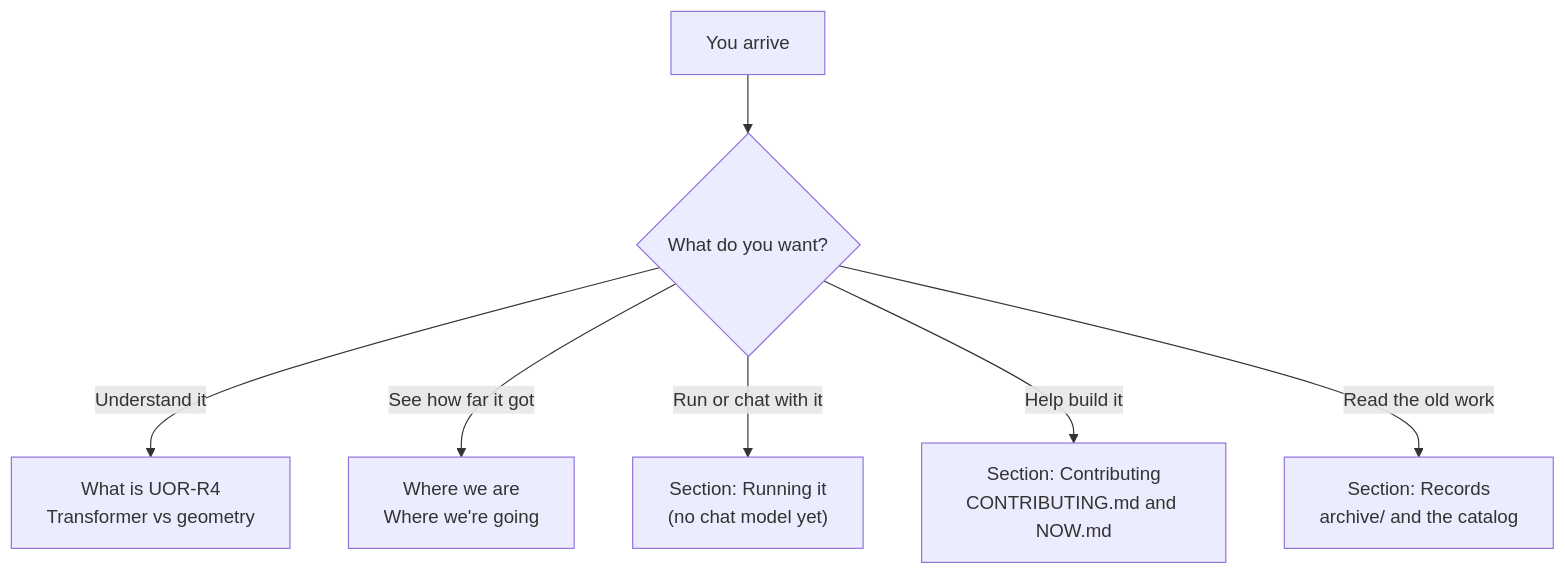
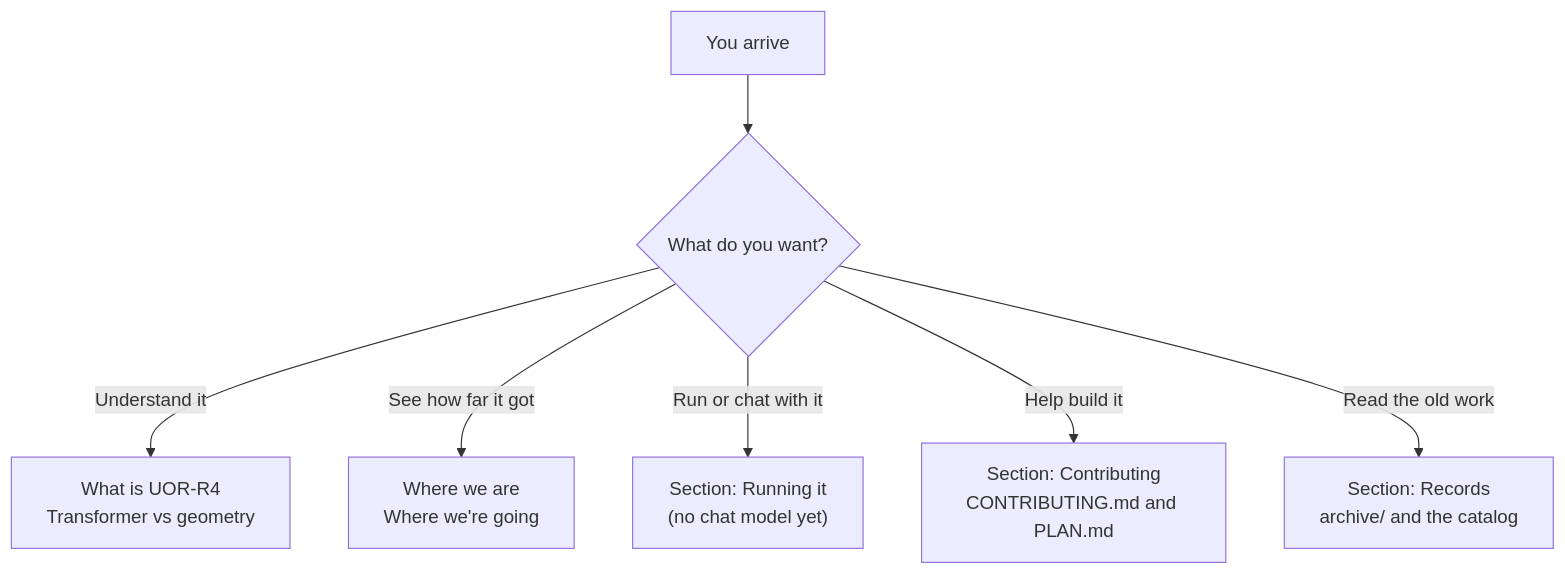
The diagram in docs/start/faq.md (UOR-Foundation/uor-r4), drawn with Mermaid before and after one commit. The commit also changed other lines of this file and 145 other files, not shown here.

````diff
--- a/docs/start/faq.md
+++ b/docs/start/faq.md
@@ -5,9 +5,9 @@
 ```mermaid
 flowchart TD
   S["You arrive"] --> Q{"What do you want?"}
   Q -- "Understand it" --> U["What is UOR-R4<br/>Transformer vs geometry"]
   Q -- "See how far it got" --> W["Where we are<br/>Where we're going"]
   Q -- "Run or chat with it" --> R["Section: Running it<br/>(no chat model yet)"]
-  Q -- "Help build it" --> C["Section: Contributing<br/>CONTRIBUTING.md and NOW.md"]
+  Q -- "Help build it" --> C["Section: Contributing<br/>CONTRIBUTING.md and PLAN.md"]
   Q -- "Read the old work" --> A["Section: Records<br/>archive/ and the catalog"]
 ```
````
